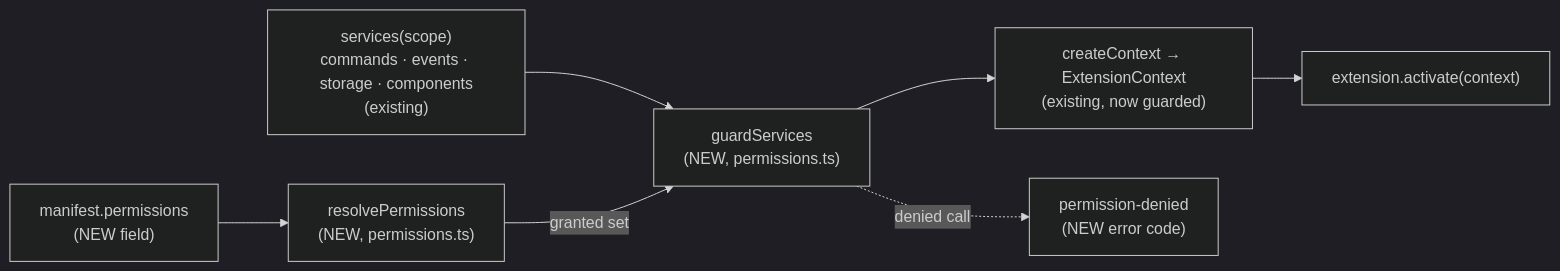
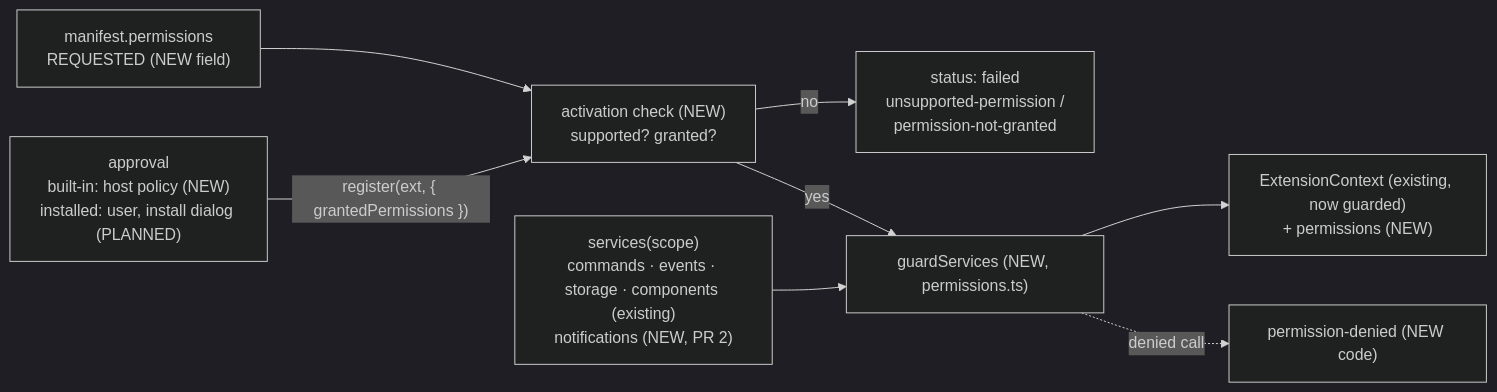
One commit to DarrenStasiakDev4You/cezar-hackathon-ale-patryk-nazywa-go-brutusem changed the diagram in .ai/specs/2026-09-19-extension-permission-model.md. Above: the diagram before and after it, drawn with Mermaid (dark theme). The commit also changed other lines of this file, not shown here.

First line of the commit message:
docs(specs): apply the owner's decisions to extension-permission-model

````diff
--- a/.ai/specs/2026-09-19-extension-permission-model.md
+++ b/.ai/specs/2026-09-19-extension-permission-model.md
@@ -137,9 +165,10 @@
 ```mermaid
 flowchart LR
-  man["manifest.permissions<br/>(NEW field)"] --> res["resolvePermissions<br/>(NEW, permissions.ts)"]
-  svc["services(scope)<br/>commands · events · storage · components<br/>(existing)"] --> guard["guardServices<br/>(NEW, permissions.ts)"]
-  res -->|granted set| guard
-  guard --> ctx["createContext → ExtensionContext<br/>(existing, now guarded)"]
-  ctx --> ext["extension.activate(context)"]
-  guard -.->|denied call| err["permission-denied<br/>(NEW error code)"]
+  man["manifest.permissions<br/>REQUESTED (NEW field)"] --> chk
+  appr["approval<br/>built-in: host policy (NEW)<br/>installed: user, install dialog (PLANNED)"] -->|"register(ext, { grantedPermissions })"| chk["activation check (NEW)<br/>supported? granted?"]
+  chk -->|no| failed["status: failed<br/>unsupported-permission /<br/>permission-not-granted"]
+  chk -->|yes| guard["guardServices (NEW, permissions.ts)"]
+  svc["services(scope)<br/>commands · events · storage · components (existing)<br/>notifications (NEW, PR 2)"] --> guard
+  guard --> ctx["ExtensionContext (existing, now guarded)<br/>+ permissions (NEW)"]
+  guard -.->|denied call| err["permission-denied (NEW code)"]
 ```
````
